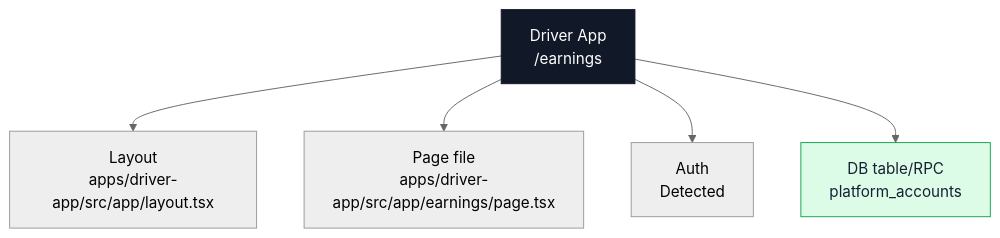
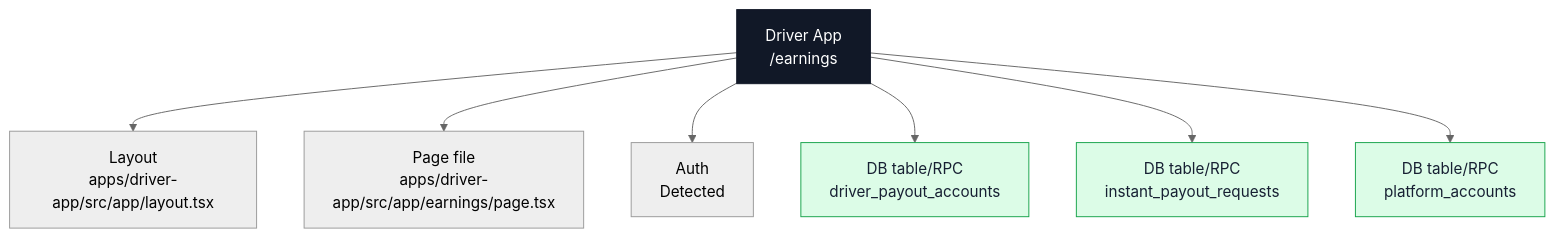
One commit to Ritenoob/ridendine-marketplace changed the fourth of 10 diagrams in docs/architecture/codebase-map/pages/driver-app-pages.md. Above: the diagram before and after it, drawn with Mermaid (neutral theme). The commit also changed other lines of this file and 63 other files, not shown here.

````diff
--- a/docs/architecture/codebase-map/pages/driver-app-pages.md
+++ b/docs/architecture/codebase-map/pages/driver-app-pages.md
@@ -243,18 +243,22 @@
 ```mermaid
 flowchart TB
   Page["Driver App<br/>/earnings"]
   Layout["Layout<br/>apps/driver-app/src/app/layout.tsx"]
   File["Page file<br/>apps/driver-app/src/app/earnings/page.tsx"]
   Auth["Auth<br/>Detected"]
   Page --> Layout
   Page --> File
   Page --> Auth
-  Table0["DB table/RPC<br/>platform_accounts"]
+  Table0["DB table/RPC<br/>driver_payout_accounts"]
   Page --> Table0
+  Table1["DB table/RPC<br/>instant_payout_requests"]
+  Page --> Table1
+  Table2["DB table/RPC<br/>platform_accounts"]
+  Page --> Table2
   classDef page fill:#111827,stroke:#111827,color:#ffffff
   classDef data fill:#dcfce7,stroke:#16a34a,color:#172033
   classDef api fill:#dbeafe,stroke:#2563eb,color:#172033
   classDef warn fill:#fef3c7,stroke:#f59e0b,color:#172033
   class Page page
-  class Table0 data
+  class Table0,Table1,Table2 data
 ```
````
